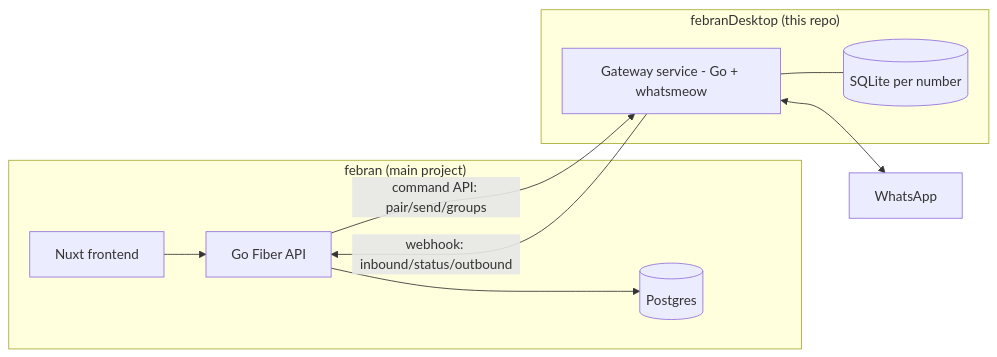
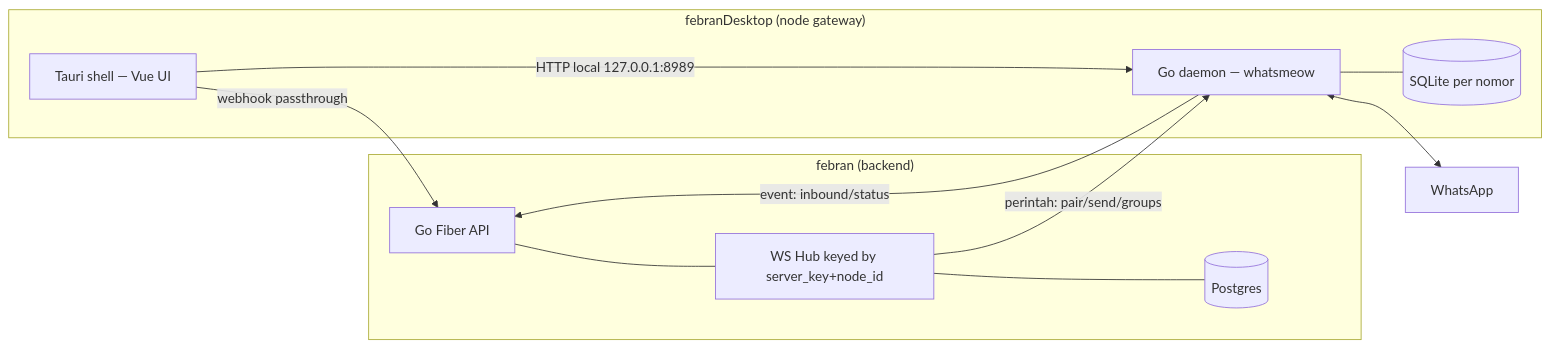
The diagram in plan/wa-gateway-backend.md (algofran/febranDesktop), drawn with Mermaid before and after one commit. The commit also changed other lines of this file and 2 other files, not shown here.

Commit message:
docs: workspace scope, gateway architecture plan and README

````diff
--- a/plan/wa-gateway-backend.md
+++ b/plan/wa-gateway-backend.md
@@ -23,21 +12,25 @@
 ```mermaid
 flowchart LR
-    subgraph febran["febran (main project)"]
-        FE[Nuxt frontend]
+    subgraph febran["febran (backend)"]
         API[Go Fiber API]
+        HUB[WS Hub keyed by server_key+node_id]
         PG[(Postgres)]
-        FE --> API --> PG
+        API --- HUB
+        HUB --- PG
     end
 
-    subgraph febranDesktop["febranDesktop (this repo)"]
-        GW[Gateway service - Go + whatsmeow]
-        SQ[(SQLite per number)]
+    subgraph node["febranDesktop (node gateway)"]
+        SHELL[Tauri shell — Vue UI]
+        GW[Go daemon — whatsmeow]
+        SQ[(SQLite per nomor)]
+        SHELL -- HTTP local 127.0.0.1:8989 --> GW
         GW --- SQ
     end
 
     WA[WhatsApp]
+    GW <--> WA
 
-    API -- "command API: pair/send/groups" --> GW
-    GW -- "webhook: inbound/status/outbound" --> API
-    GW <--> WA
+    HUB -- "perintah: pair/send/groups" --> GW
+    GW -- "event: inbound/status" --> API
+    SHELL -- "webhook passthrough" --> API
 ```
````
